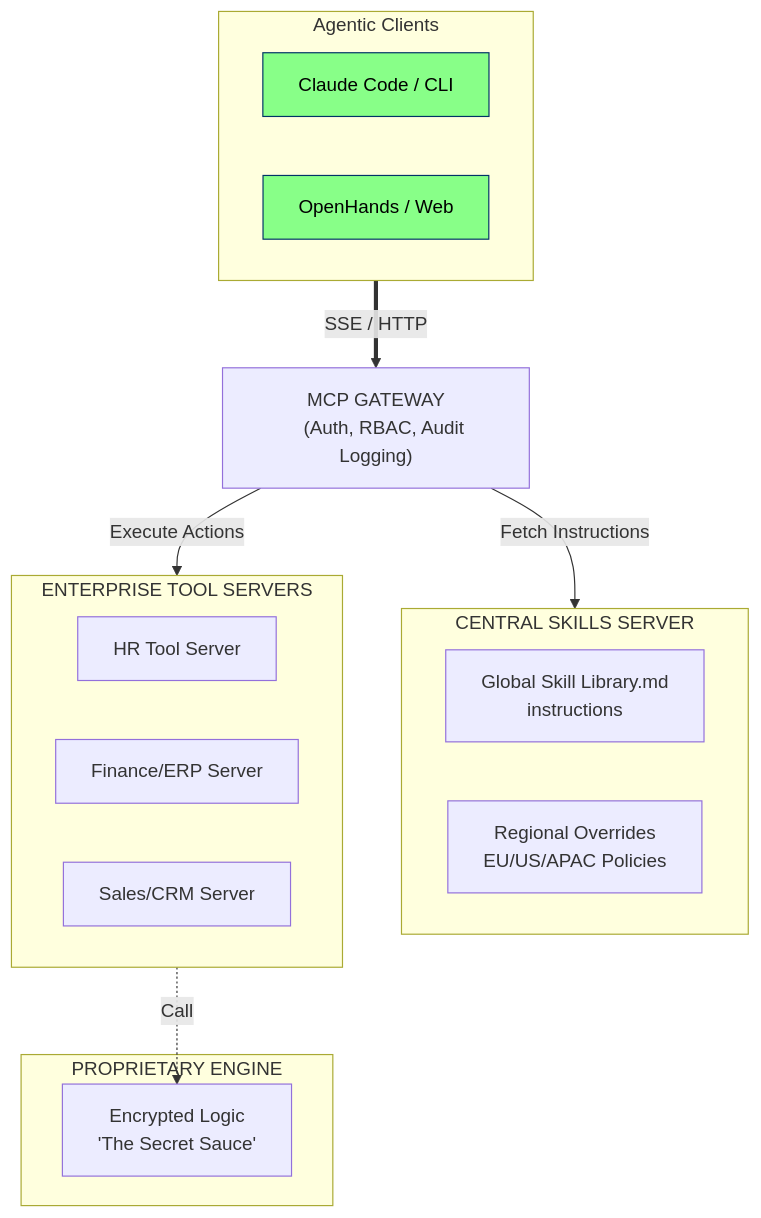
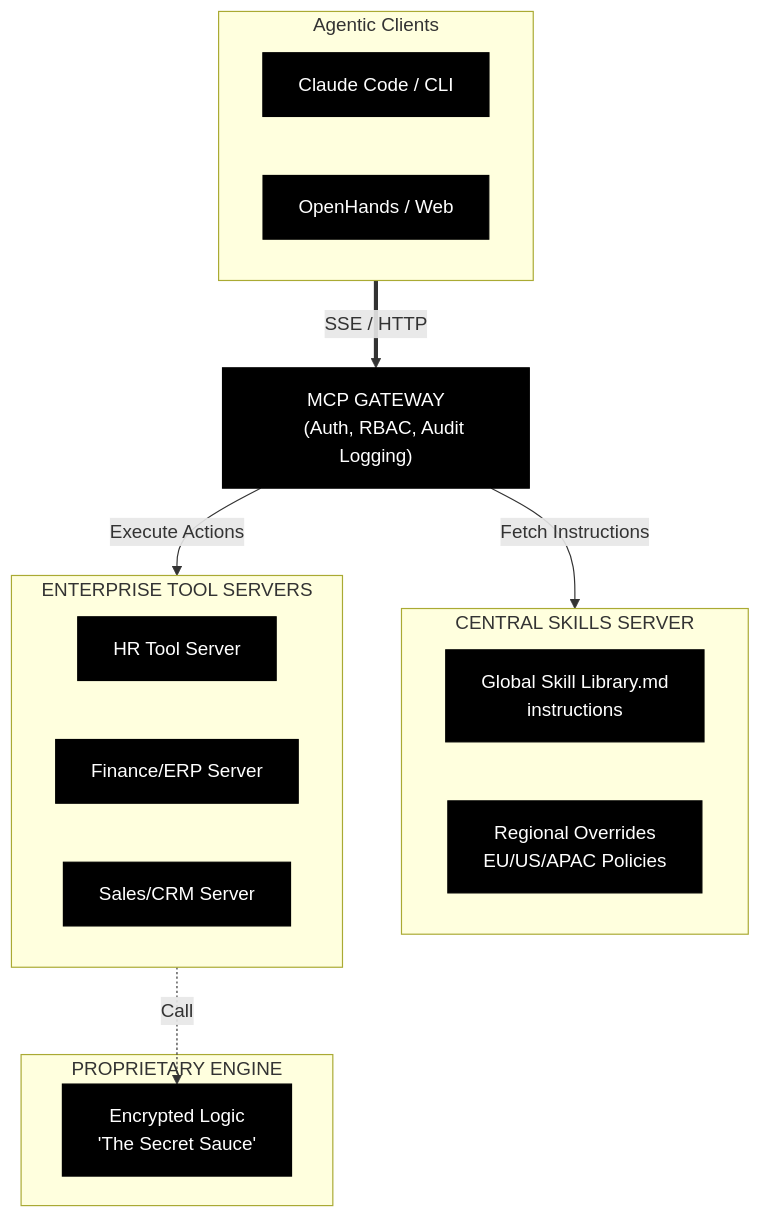
One commit to massimorofi/massimorofi.github.io changed the diagram in _posts/2026-04-24-skills-matter.md. Above: the diagram before and after it, drawn with Mermaid.

Commit message:
mermaid colors

```diff
--- a/_posts/2026-04-24-skills-matter.md
+++ b/_posts/2026-04-24-skills-matter.md
@@ -28,38 +28,36 @@
 <div class="mermaid">
 graph TD
     subgraph Clients["Agentic Clients"]
-        A["Claude Code / CLI"]:::client
-        B["OpenHands / Web"]:::client
+        A["Claude Code / CLI"]:::node
+        B["OpenHands / Web"]:::node
     end
 
     Gateway["MCP GATEWAY
-    (Auth, RBAC, Audit Logging)"]
+    (Auth, RBAC, Audit Logging)"]:::node
 
     subgraph LogicServer["CENTRAL SKILLS SERVER"]
         Skills["Global Skill Library.md
-         instructions"]
+         instructions"]:::node
         Locals["Regional Overrides
-        EU/US/APAC Policies"]
+        EU/US/APAC Policies"]:::node
     end
 
     subgraph ToolServers["ENTERPRISE TOOL SERVERS"]
-        HR["HR Tool Server"]
-        ERP["Finance/ERP Server"]
-        CRM["Sales/CRM Server"]
+        HR["HR Tool Server"]:::node
+        ERP["Finance/ERP Server"]:::node
+        CRM["Sales/CRM Server"]:::node
     end
 
     subgraph IP_Protection["PROPRIETARY ENGINE"]
         BlackBox["Encrypted Logic
-        'The Secret Sauce'"]
+        'The Secret Sauce'"]:::node
     end
 
     %% Flows
     Clients ==>|SSE / HTTP| Gateway
     Gateway -->|Fetch Instructions| LogicServer
     Gateway -->|Execute Actions| ToolServers
     ToolServers -.->|Call| BlackBox
 
-    classDef client fill:#88FF88,stroke:#003366,color:#000
-    classDef Gateway fill:#003366,stroke:#000,color:#fff
-    classDef LogicServer fill:#00f5fe,stroke:#01579b,color:#000
+    classDef node fill:#000000,stroke:#000000,color:#ffffff
 </div>
```
